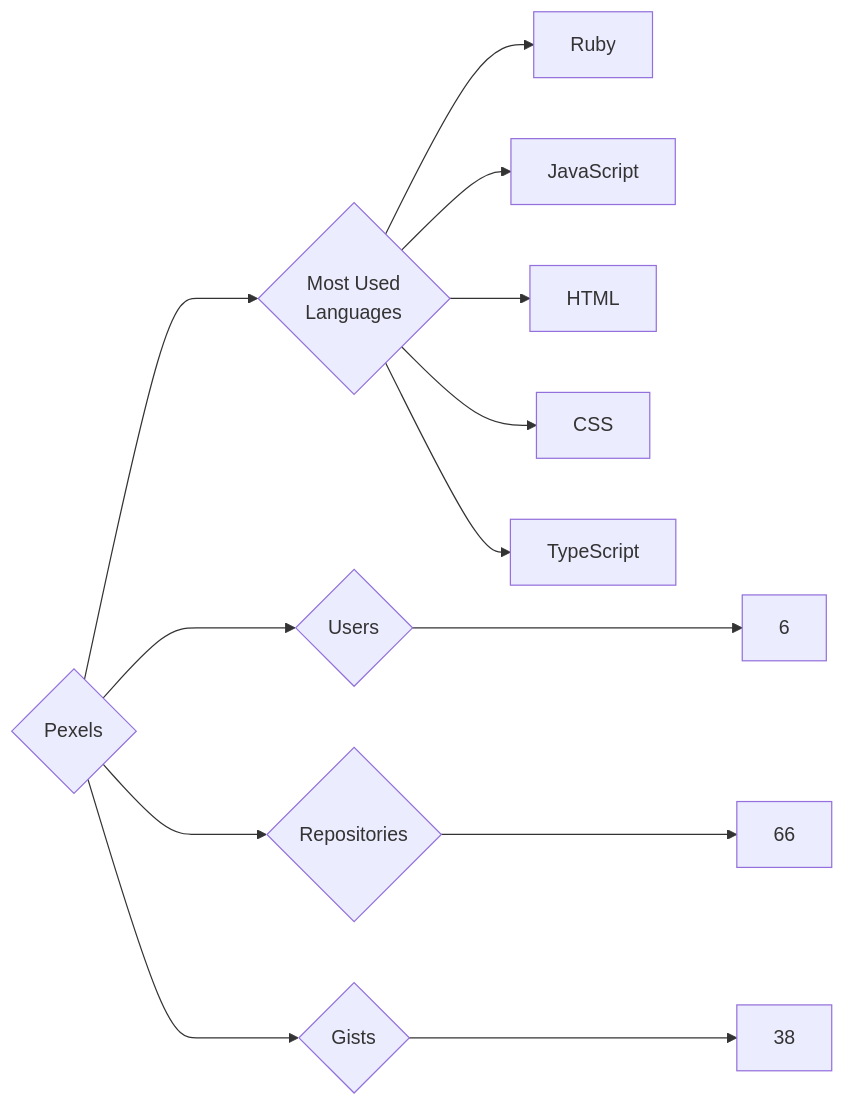
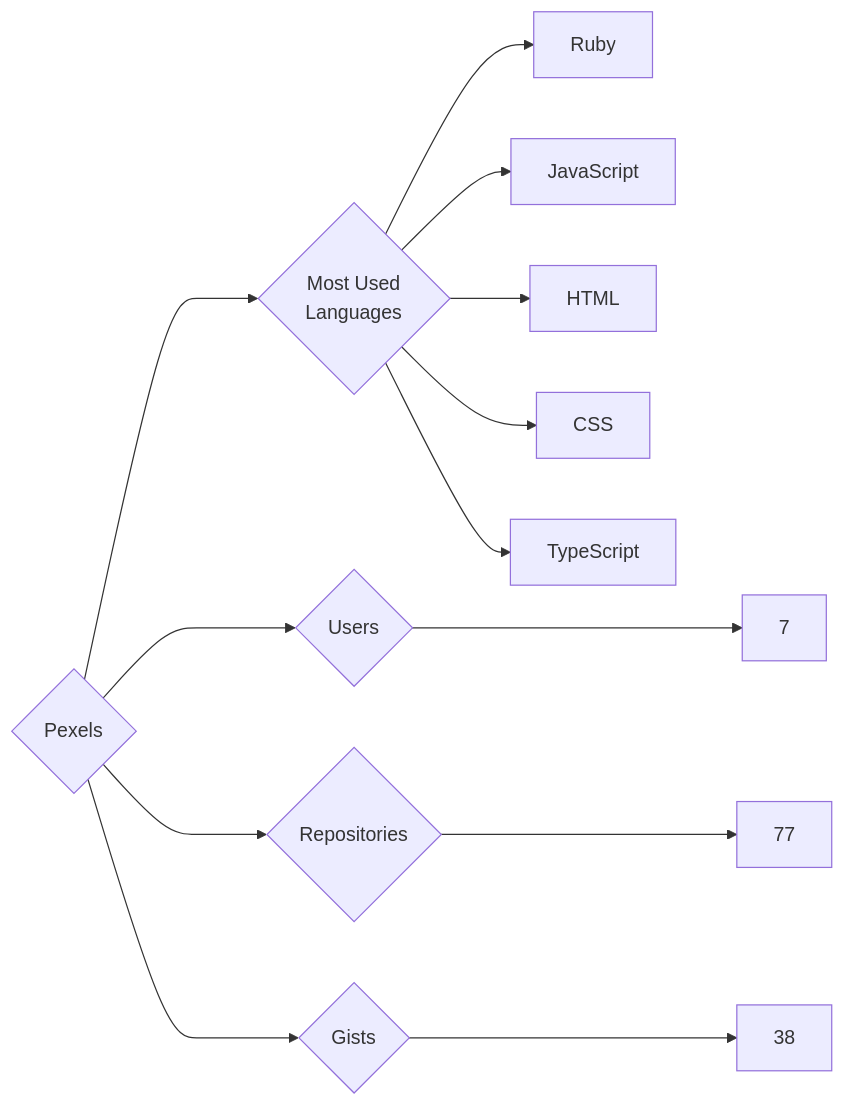
One commit to trickest/insiders changed the diagram in targets/Pexels/README.md. Above: the diagram before and after it, drawn with Mermaid. The commit also changed 787 other files, not shown here.

````diff
--- a/targets/Pexels/README.md
+++ b/targets/Pexels/README.md
@@ -3,13 +3,13 @@
 ```mermaid
 graph LR
 COMPANY_NAME{Pexels}
-COMPANY_NAME ---> U{Users} ---> UN[6]
-COMPANY_NAME ---> R{Repositories} ---> RN[66]
+COMPANY_NAME ---> U{Users} ---> UN[7]
+COMPANY_NAME ---> R{Repositories} ---> RN[77]
 COMPANY_NAME ---> G{Gists} ---> GN[38]
 COMPANY_NAME ---> ML{Most Used<br>Languages}
 ML --> Ruby[Ruby]
 ML --> JavaScript[JavaScript]
 ML --> HTML[HTML]
 ML --> CSS[CSS]
 ML --> TypeScript[TypeScript]
 ```
````
